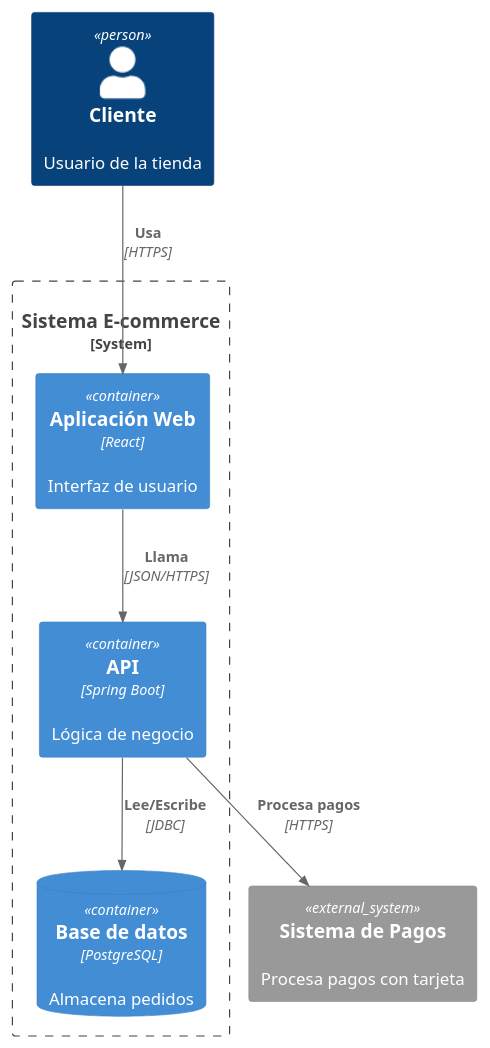
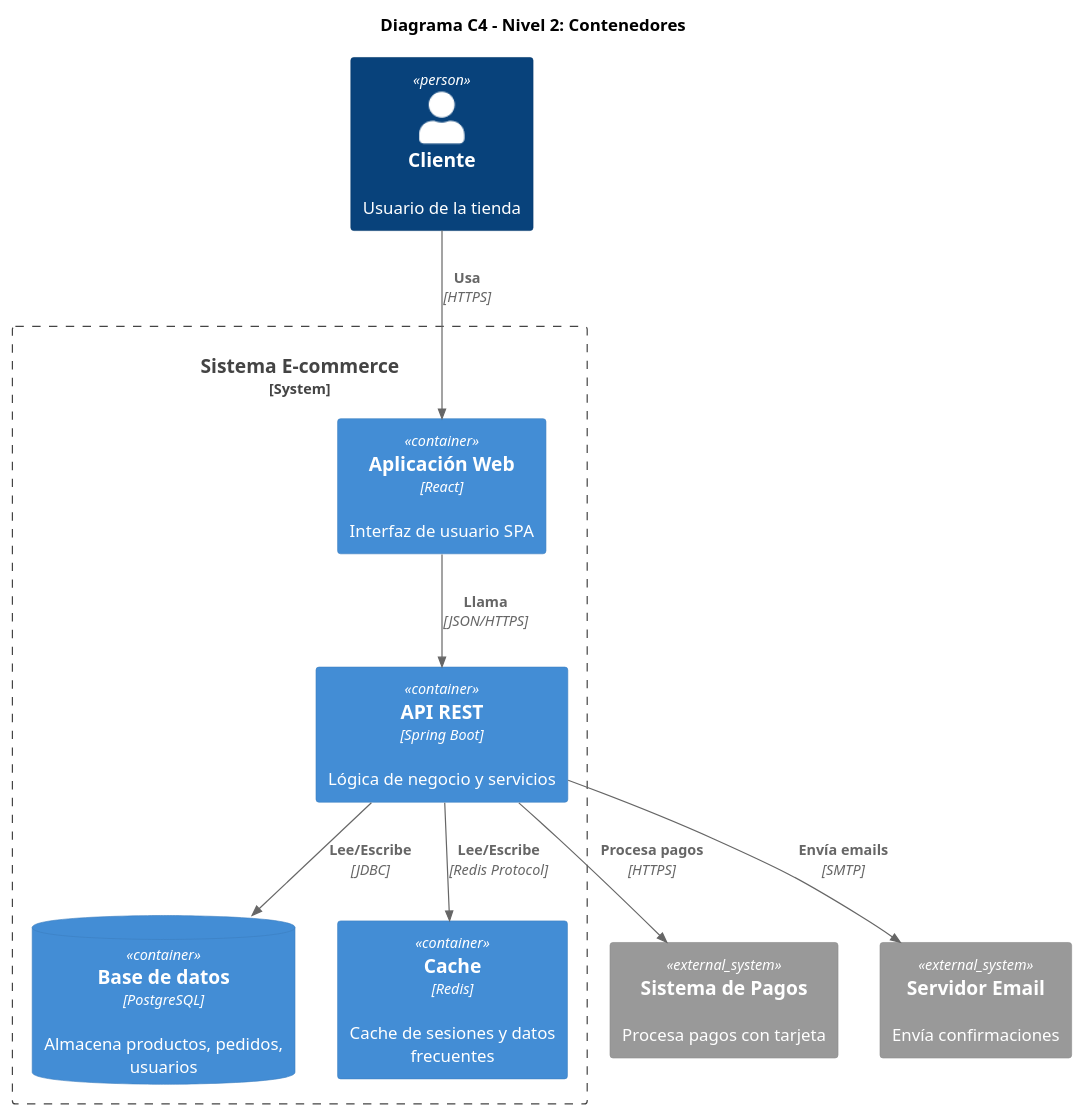
Before and after one commit to scontreraslopez/ede-2025-public: diagram 18 of 20 in UP09/UP09.md, drawn with PlantUML. The commit also changed other lines of this file and 51 other files, not shown here.

````diff
--- a/UP09/UP09.md
+++ b/UP09/UP09.md
@@ -1240,18 +1065,25 @@
 ```plantuml
 @startuml
 !include https://raw.githubusercontent.com/plantuml-stdlib/C4-PlantUML/master/C4_Container.puml
 
+title Diagrama C4 - Nivel 2: Contenedores
+
 Person(cliente, "Cliente", "Usuario de la tienda")
 System_Boundary(sistema, "Sistema E-commerce") {
-    Container(webapp, "Aplicación Web", "React", "Interfaz de usuario")
-    Container(api, "API", "Spring Boot", "Lógica de negocio")
-    ContainerDb(db, "Base de datos", "PostgreSQL", "Almacena pedidos")
+    Container(webapp, "Aplicación Web", "React", "Interfaz de usuario SPA")
+    Container(api, "API REST", "Spring Boot", "Lógica de negocio y servicios")
+    ContainerDb(db, "Base de datos", "PostgreSQL", "Almacena productos, pedidos, usuarios")
+    Container(cache, "Cache", "Redis", "Cache de sesiones y datos frecuentes")
 }
 System_Ext(pagos, "Sistema de Pagos", "Procesa pagos con tarjeta")
+System_Ext(email, "Servidor Email", "Envía confirmaciones")
 
 Rel(cliente, webapp, "Usa", "HTTPS")
 Rel(webapp, api, "Llama", "JSON/HTTPS")
 Rel(api, db, "Lee/Escribe", "JDBC")
+Rel(api, cache, "Lee/Escribe", "Redis Protocol")
 Rel(api, pagos, "Procesa pagos", "HTTPS")
+Rel(api, email, "Envía emails", "SMTP")
+
 @enduml
 ```
````
